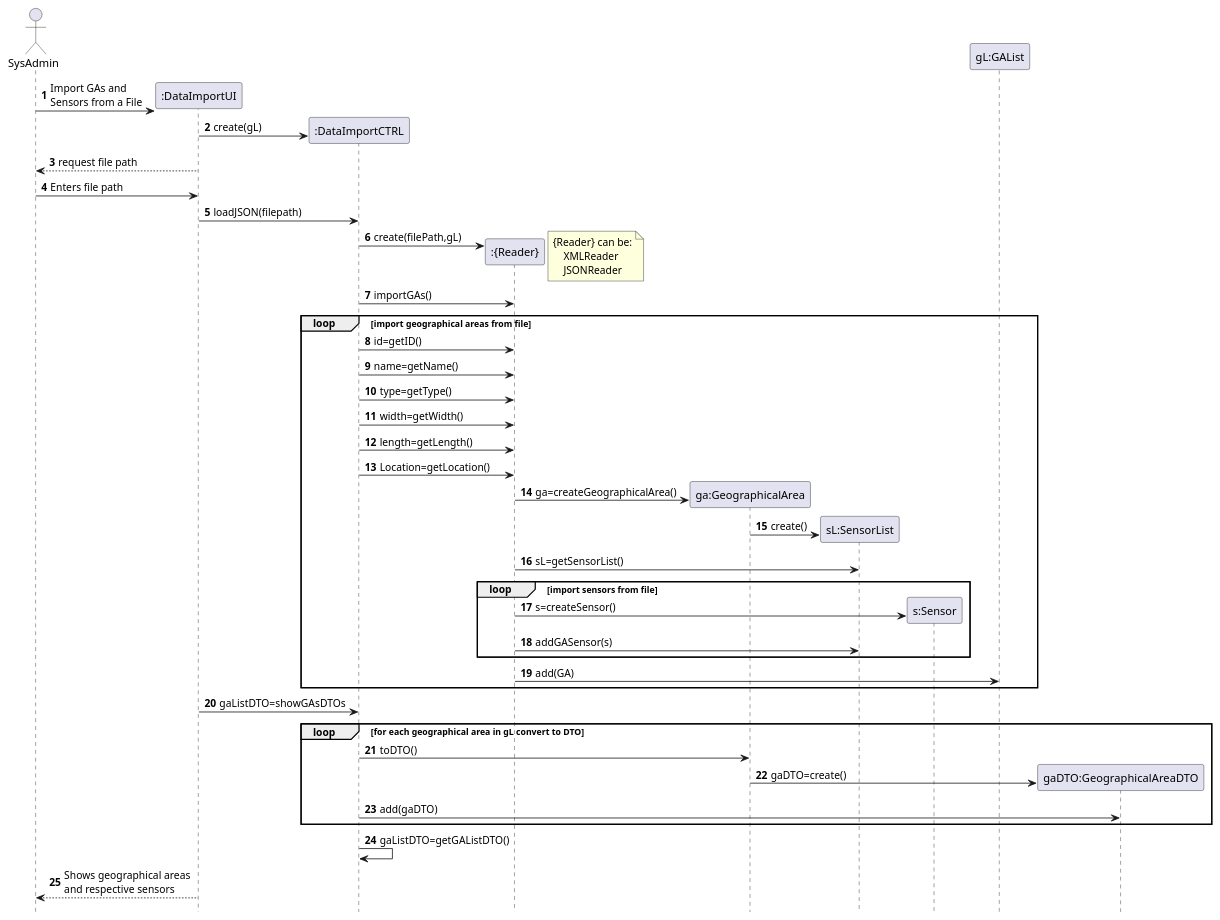
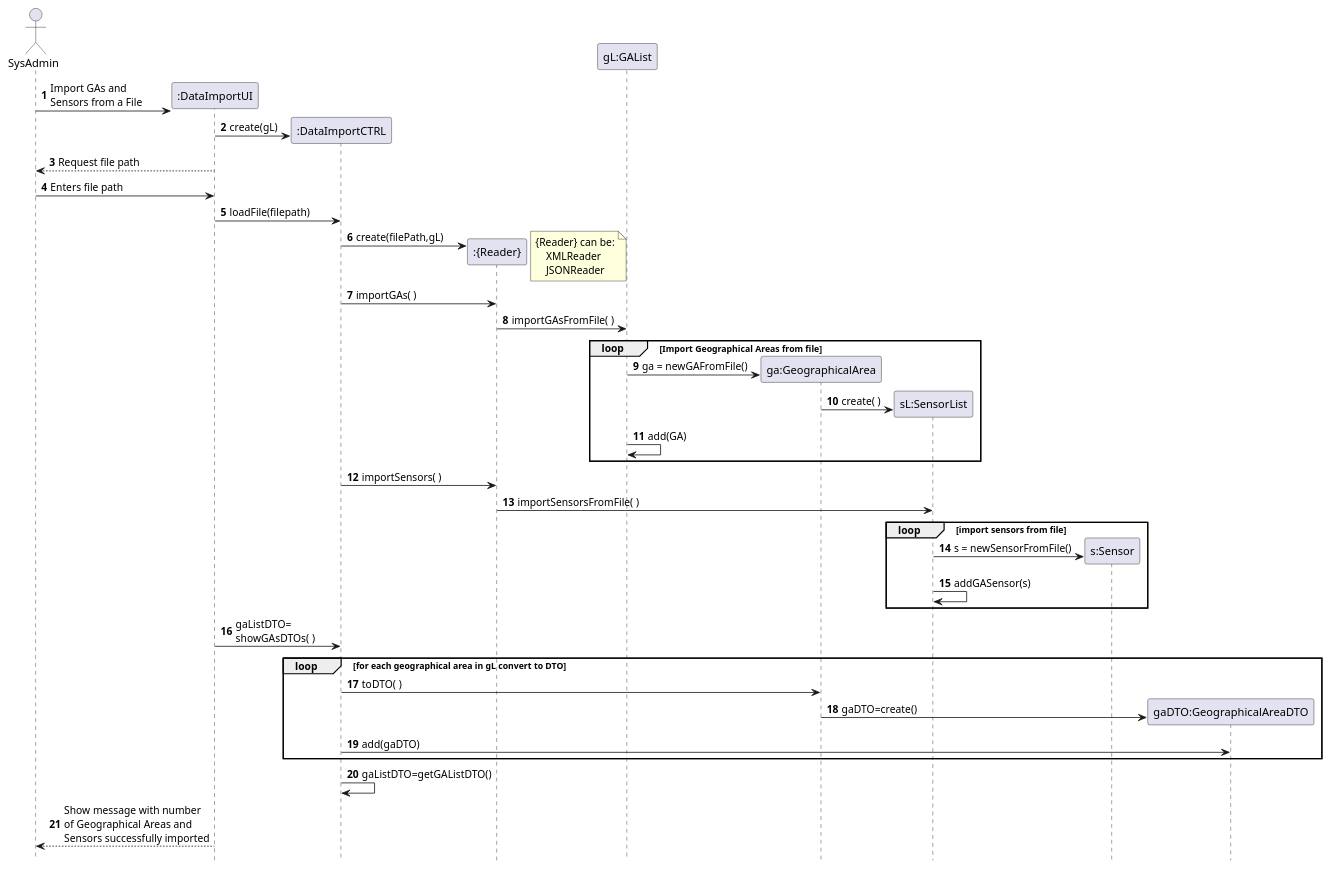
One commit to emanuel-pereira/hou changed the diagram in src/main/java/smarthome/controller/sequenceDiagrams/sd_ImportGAsAndSensorsFromFile.puml. Above: the diagram before and after it, drawn with PlantUML. The commit also changed 1 other file, not shown here.

Commit message:
Update of class and sequence diagrams of ImportGAsAndSensorsFromFile

```diff
--- a/src/main/java/smarthome/controller/sequenceDiagrams/sd_ImportGAsAndSensorsFromFile.puml
+++ b/src/main/java/smarthome/controller/sequenceDiagrams/sd_ImportGAsAndSensorsFromFile.puml
@@ -1,51 +1,65 @@
 @startuml
 autonumber
 hidefootbox
+
 actor SysAdmin
+
 create ":DataImportUI"
 SysAdmin -> ":DataImportUI": Import GAs and \nSensors from a File
+
 create ":DataImportCTRL"
 ":DataImportUI" -> ":DataImportCTRL": create(gL)
-SysAdmin <-- ":DataImportUI": request file path
+SysAdmin <-- ":DataImportUI": Request file path
 SysAdmin -> ":DataImportUI": Enters file path
-":DataImportUI" -> ":DataImportCTRL": loadJSON(filepath)
+":DataImportUI" -> ":DataImportCTRL": loadFile(filepath)
+
 create ":{Reader}"
 ":DataImportCTRL"->":{Reader}": create(filePath,gL)
 note right
 {Reader} can be:
     XMLReader
     JSONReader
 end note
-":DataImportCTRL" -> ":{Reader}": importGAs()
-loop import geographical areas from file
-":DataImportCTRL" -> ":{Reader}":id=getID()
-":DataImportCTRL" -> ":{Reader}":name=getName()
-":DataImportCTRL" -> ":{Reader}":type=getType()
-":DataImportCTRL" -> ":{Reader}":width=getWidth()
-":DataImportCTRL" -> ":{Reader}":length=getLength()
-":DataImportCTRL" -> ":{Reader}":Location=getLocation()
+
+":DataImportCTRL" -> ":{Reader}": importGAs( )
+":{Reader}" -> "gL:GAList": importGAsFromFile( )
 
 
+loop Import Geographical Areas from file
+
 create "ga:GeographicalArea"
+"gL:GAList" -> "ga:GeographicalArea": ga = newGAFromFile()
 
-":{Reader}" -> "ga:GeographicalArea": ga=createGeographicalArea()
+
 create "sL:SensorList"
-"ga:GeographicalArea" -> "sL:SensorList": create()
-":{Reader}"->"sL:SensorList": sL=getSensorList()
+"ga:GeographicalArea" -> "sL:SensorList": create( )
+
+
+"gL:GAList"->"gL:GAList": add(GA)
+end
+
+":DataImportCTRL" -> ":{Reader}": importSensors( )
+":{Reader}" -> "sL:SensorList": importSensorsFromFile( )
+
 loop import sensors from file
+
 create "s:Sensor"
-":{Reader}"->"s:Sensor":s=createSensor()
-":{Reader}"->"sL:SensorList": addGASensor(s)
+"sL:SensorList"->"s:Sensor":s = newSensorFromFile()
+"sL:SensorList"->"sL:SensorList": addGASensor(s)
 end
-":{Reader}"->"gL:GAList": add(GA)
-end
-":DataImportCTRL"<-":DataImportUI":gaListDTO=showGAsDTOs
+
+
+":DataImportCTRL"<-":DataImportUI":gaListDTO=\nshowGAsDTOs( )
+
 loop for each geographical area in gL convert to DTO
-":DataImportCTRL"->"ga:GeographicalArea": toDTO()
+":DataImportCTRL"->"ga:GeographicalArea": toDTO( )
+
 create "gaDTO:GeographicalAreaDTO"
 "ga:GeographicalArea"->"gaDTO:GeographicalAreaDTO": gaDTO=create()
 ":DataImportCTRL"->"gaDTO:GeographicalAreaDTO": add(gaDTO)
+
 end
+
 ":DataImportCTRL"->":DataImportCTRL": gaListDTO=getGAListDTO()
-SysAdmin<--":DataImportUI": Shows geographical areas \nand respective sensors
+SysAdmin<--":DataImportUI": Show message with number\nof Geographical Areas and\nSensors successfully imported
 @enduml
```
